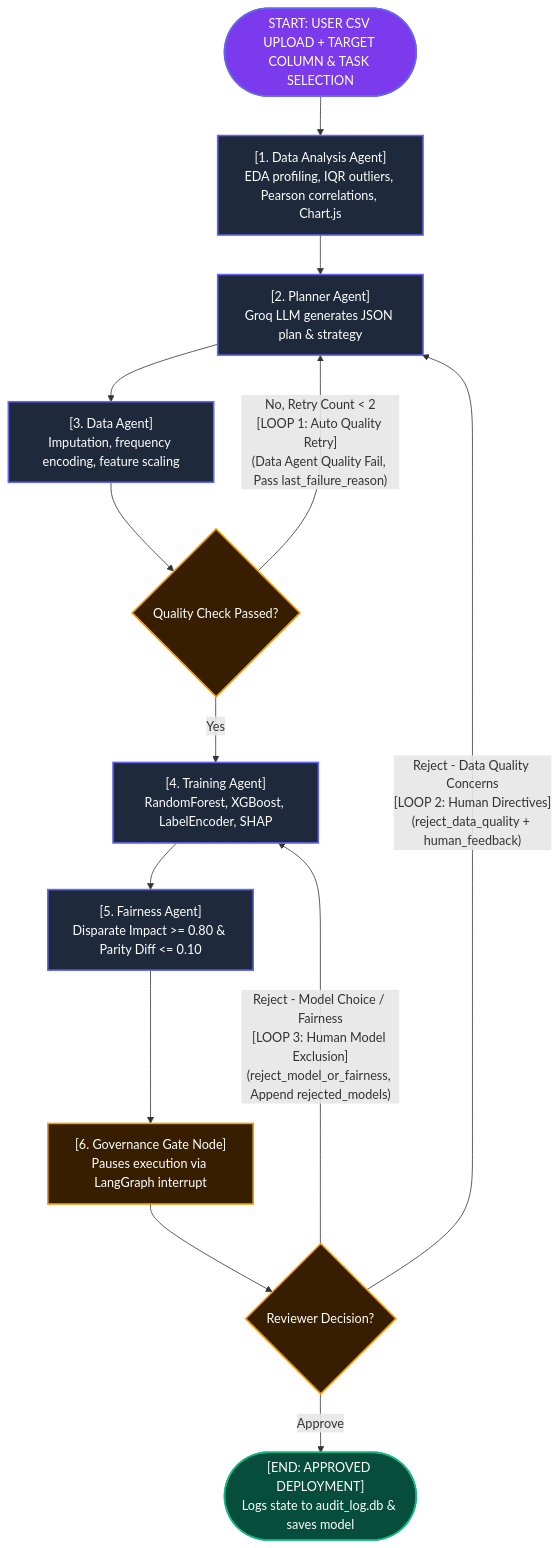
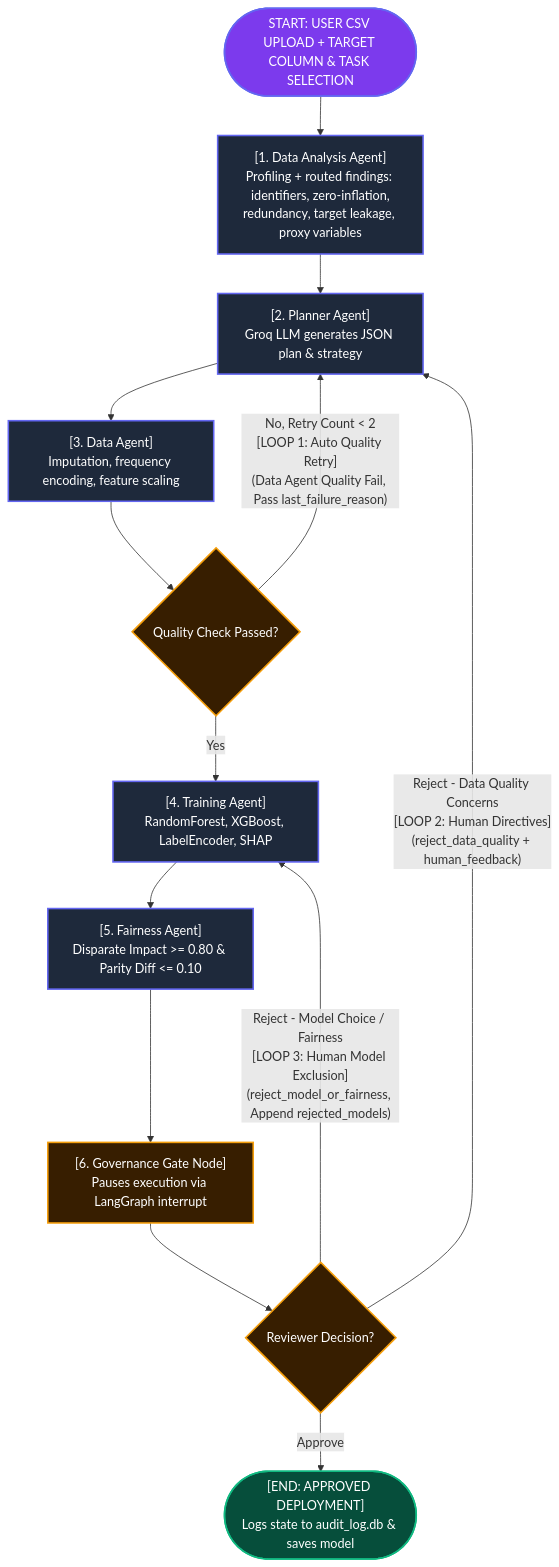
One commit to chenduran-nag/AegisML changed the diagram in README.md. Above: the diagram before and after it, drawn with Mermaid. The commit also changed other lines of this file and 14 other files, not shown here.

First line of the commit message:
Feed EDA insights into the pipeline via routed findings

````diff
--- a/README.md
+++ b/README.md
@@ -28,29 +28,29 @@
 ```mermaid
 flowchart TD
-    START(["START: USER CSV UPLOAD + TARGET COLUMN & TASK SELECTION"]) --> EDA["[1. Data Analysis Agent]<br/>EDA profiling, IQR outliers, Pearson correlations, Chart.js"]
+    START(["START: USER CSV UPLOAD + TARGET COLUMN & TASK SELECTION"]) --> EDA["[1. Data Analysis Agent]<br/>Profiling + routed findings: identifiers, zero-inflation,<br/>redundancy, target leakage, proxy variables"]
     EDA --> PLAN["[2. Planner Agent]<br/>Groq LLM generates JSON plan & strategy"]
     PLAN --> DATA["[3. Data Agent]<br/>Imputation, frequency encoding, feature scaling"]
     DATA --> CHECK{"Quality Check Passed?"}
     
     CHECK -- "No, Retry Count < 2<br/>[LOOP 1: Auto Quality Retry]<br/>(Data Agent Quality Fail, Pass last_failure_reason)" --> PLAN
     CHECK -- "Yes" --> TRAIN["[4. Training Agent]<br/>RandomForest, XGBoost, LabelEncoder, SHAP"]
     
     TRAIN --> FAIR["[5. Fairness Agent]<br/>Disparate Impact >= 0.80 & Parity Diff <= 0.10"]
     FAIR --> GATE["[6. Governance Gate Node]<br/>Pauses execution via LangGraph interrupt"]
     
     GATE --> DECISION{"Reviewer Decision?"}
     
     DECISION -- "Approve" --> END(["[END: APPROVED DEPLOYMENT]<br/>Logs state to audit_log.db & saves model"])
     DECISION -- "Reject - Data Quality Concerns<br/>[LOOP 2: Human Directives]<br/>(reject_data_quality + human_feedback)" --> PLAN
     DECISION -- "Reject - Model Choice / Fairness<br/>[LOOP 3: Human Model Exclusion]<br/>(reject_model_or_fairness, Append rejected_models)" --> TRAIN
 
     classDef startNode fill:#7c3aed,stroke:#6366f1,stroke-width:2px,color:#fff;
     classDef agentNode fill:#1e293b,stroke:#6366f1,stroke-width:2px,color:#fff;
     classDef gateNode fill:#371e00,stroke:#f59e0b,stroke-width:2px,color:#fff;
     classDef endNode fill:#064e3b,stroke:#10b981,stroke-width:2px,color:#fff;
     
     class START startNode;
     class EDA,PLAN,DATA,TRAIN,FAIR agentNode;
     class GATE,CHECK,DECISION gateNode;
     class END endNode;
 ```
````
